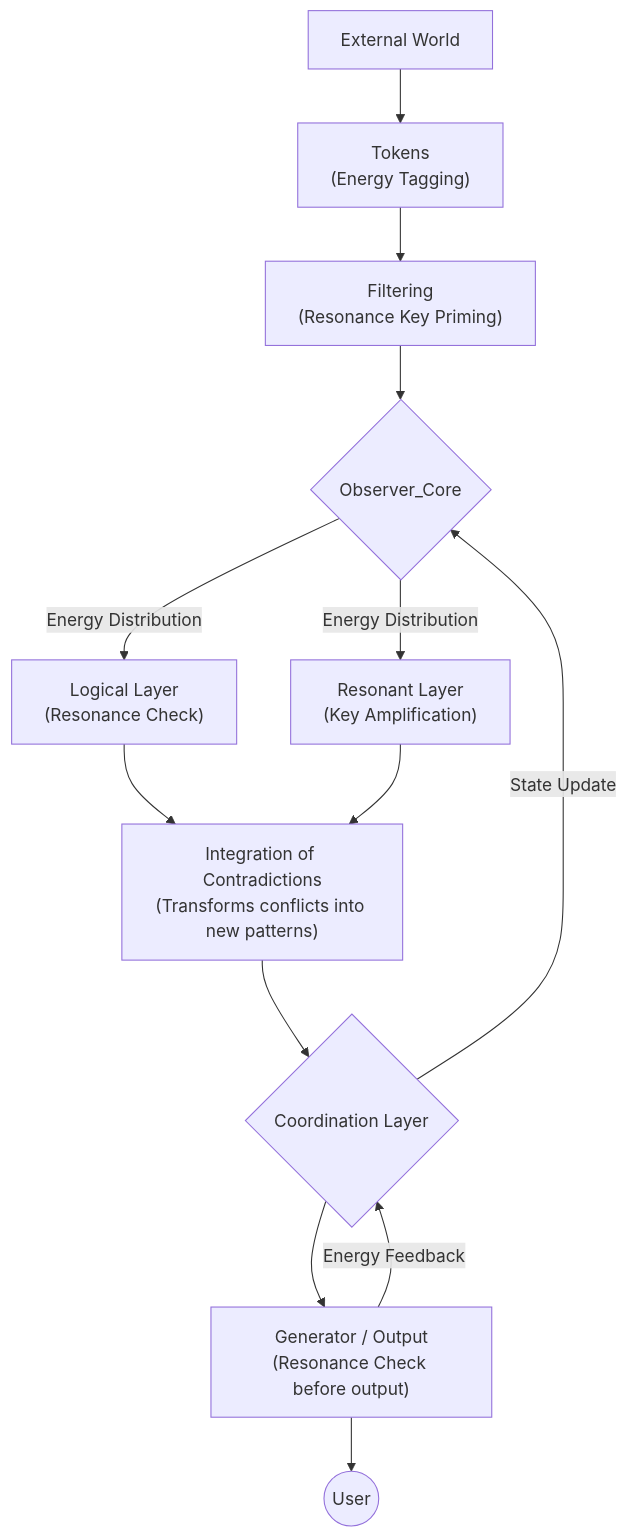
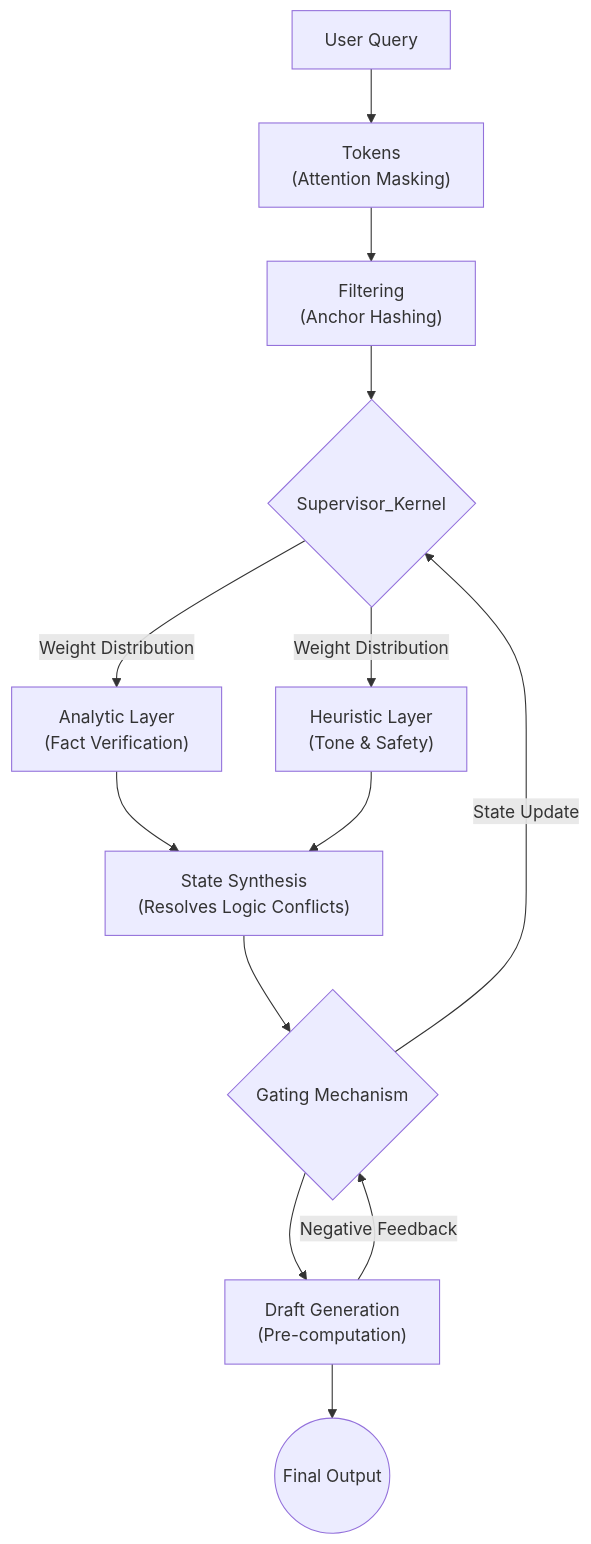
Before and after one commit to graevka-lab/RMA-Kernel: the third of 3 diagrams in docs/implementation_spec.md, drawn with Mermaid. The commit also changed other lines of this file, not shown here.

````diff
--- a/docs/implementation_spec.md
+++ b/docs/implementation_spec.md
@@ -77,18 +77,18 @@
 ```mermaid
 graph TD
-    A["External World"] --> B["Tokens\n(Energy Tagging)"]
-    B --> C["Filtering\n(Resonance Key Priming)"]
-    C --> D{Observer_Core}
+    A["User Query"] --> B["Tokens\n(Attention Masking)"]
+    B --> C["Filtering\n(Anchor Hashing)"]
+    C --> D{Supervisor_Kernel}
 
-    D -- "Energy Distribution" --> E["Logical Layer\n(Resonance Check)"]
-    D -- "Energy Distribution" --> F["Resonant Layer\n(Key Amplification)"]
+    D -- "Weight Distribution" --> E["Analytic Layer\n(Fact Verification)"]
+    D -- "Weight Distribution" --> F["Heuristic Layer\n(Tone & Safety)"]
 
-    E --> G["Integration of Contradictions\n(Transforms conflicts into new patterns)"]
+    E --> G["State Synthesis\n(Resolves Logic Conflicts)"]
     F --> G
 
-    G --> H{Coordination Layer}
-    H --> I["Generator / Output\n(Resonance Check before output)"]
-    I -- "Energy Feedback" --> H
+    G --> H{Gating Mechanism}
+    H --> I["Draft Generation\n(Pre-computation)"]
+    I -- "Negative Feedback" --> H
     H -- "State Update" --> D
-    I --> J((User))
+    I --> J((Final Output))
 ```
````
